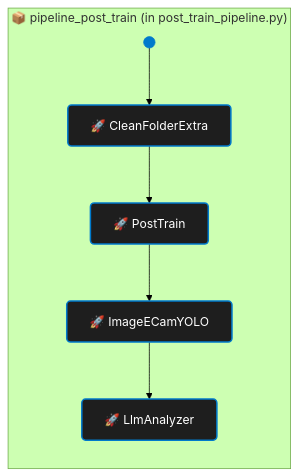
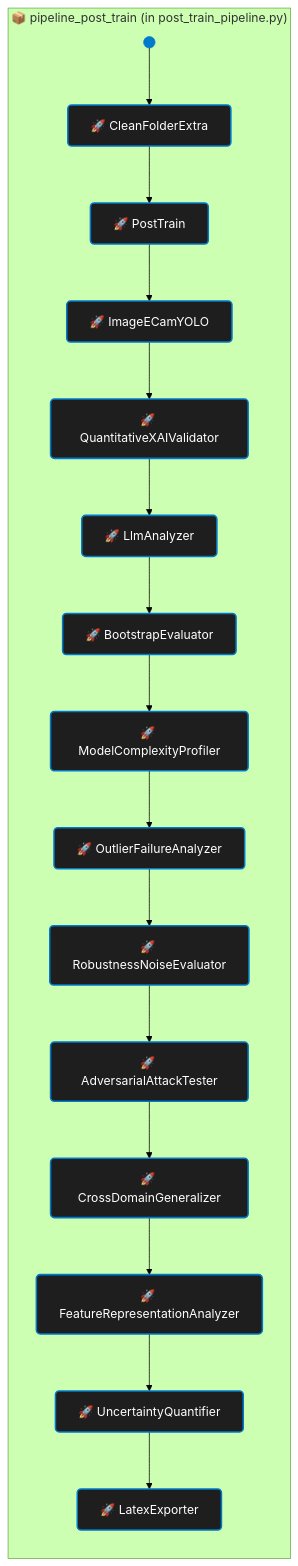
The diagram in executor_v2.0/wtrain/lib/src/wyolo/trainer/post_train_pipeline.wpipe.mermaid (wisrovi/wyoloservice2_worker), drawn with Mermaid (forest theme) before and after one commit. The commit also changed 3 other files, not shown here.

Commit message:
[FEATURE] Add 10 new research states to post-train pipeline with safe wrapper and update graphs

```diff
--- a/executor_v2.0/wtrain/lib/src/wyolo/trainer/post_train_pipeline.wpipe.mermaid
+++ b/executor_v2.0/wtrain/lib/src/wyolo/trainer/post_train_pipeline.wpipe.mermaid
@@ -1,18 +1,23 @@
 %% Generated by WPipe Tools
 flowchart TD
   classDef step fill:#1e1e1e,stroke:#007acc,stroke-width:2px,color:#fff,rx:5,ry:5,cursor:pointer
   classDef logic fill:#1e1e1e,stroke:#ce9178,stroke-width:2px,color:#fff,rx:2,ry:2,cursor:pointer
   classDef startN fill:#007acc,stroke:#007acc,color:#fff
   subgraph sg_ng4j1 ["📦 pipeline_post_train (in post_train_pipeline.py)"]
     direction TD
     start_ng4j1(( )):::startN
       start_ng4j1 --> nLng4j10_L21[" 🚀 CleanFolderExtra "]:::step
-      click nLng4j10_L21 call handleNodeClick("21")
       nLng4j10_L21 --> nLng4j11_L22[" 🚀 PostTrain "]:::step
-      click nLng4j11_L22 call handleNodeClick("22")
       nLng4j11_L22 --> nLng4j12_L23[" 🚀 ImageECamYOLO "]:::step
-      click nLng4j12_L23 call handleNodeClick("23")
-      nLng4j12_L23 --> nLng4j13_L28[" 🚀 LlmAnalyzer "]:::step
-      click nLng4j13_L28 call handleNodeClick("28")
-
+      nLng4j12_L23 --> nLng4j13_L24[" 🚀 QuantitativeXAIValidator "]:::step
+      nLng4j13_L24 --> nLng4j14_L28[" 🚀 LlmAnalyzer "]:::step
+      nLng4j14_L28 --> nLng4j15_L29[" 🚀 BootstrapEvaluator "]:::step
+      nLng4j15_L29 --> nLng4j16_L30[" 🚀 ModelComplexityProfiler "]:::step
+      nLng4j16_L30 --> nLng4j17_L31[" 🚀 OutlierFailureAnalyzer "]:::step
+      nLng4j17_L31 --> nLng4j18_L32[" 🚀 RobustnessNoiseEvaluator "]:::step
+      nLng4j18_L32 --> nLng4j19_L33[" 🚀 AdversarialAttackTester "]:::step
+      nLng4j19_L33 --> nLng4j20_L34[" 🚀 CrossDomainGeneralizer "]:::step
+      nLng4j20_L34 --> nLng4j21_L35[" 🚀 FeatureRepresentationAnalyzer "]:::step
+      nLng4j21_L35 --> nLng4j22_L36[" 🚀 UncertaintyQuantifier "]:::step
+      nLng4j22_L36 --> nLng4j23_L37[" 🚀 LatexExporter "]:::step
   end
```
